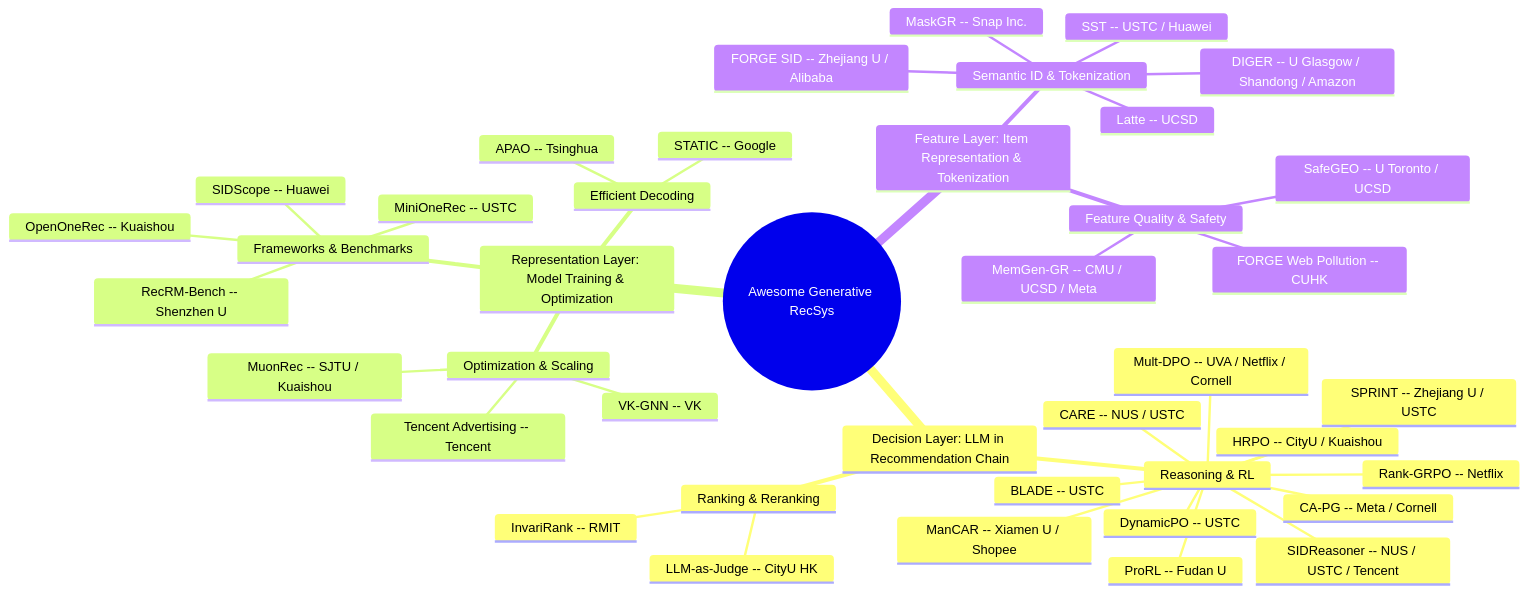
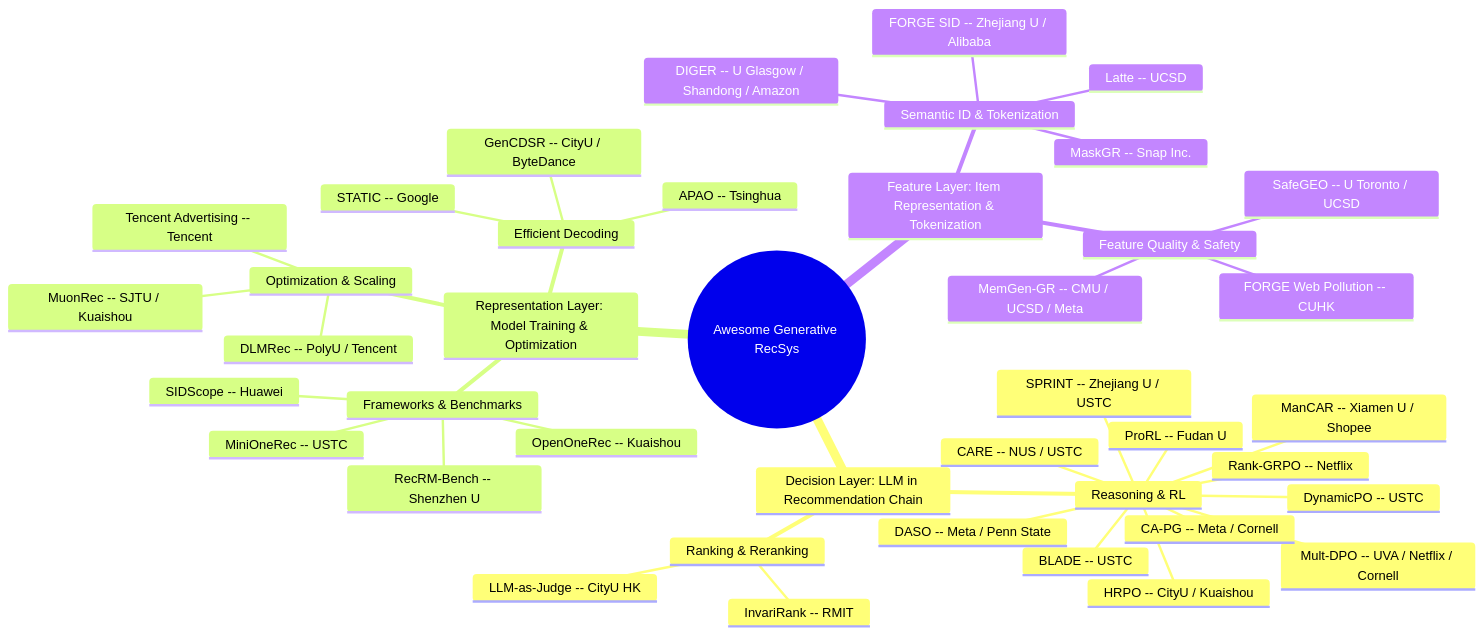
The diagram in README.md (HaFred/awesome-generative-recsys), drawn with Mermaid before and after one commit. The commit also changed other lines of this file and 2 other files, not shown here.

Commit message:
feat: August 30 — 7 papers (3 opensource): DASO (Meta) GRPO rollout-allocation, DLMRec (PolyU) discrete diffusion rec, GenCDSR (CityU, RecSys 2026) serial-parallel CDSR; + ColdSID/BARGE/IBA/FlashTrie full entries

````diff
--- a/README.md
+++ b/README.md
@@ -29,44 +29,44 @@
 ```mermaid
 mindmap
   root((Awesome Generative RecSys))
     Decision Layer: LLM in Recommendation Chain
       Reasoning & RL
         Rank-GRPO -- Netflix
         DynamicPO -- USTC
         BLADE -- USTC
         SPRINT -- Zhejiang U / USTC
         CARE -- NUS / USTC
         HRPO -- CityU / Kuaishou
         Mult-DPO -- UVA / Netflix / Cornell
         CA-PG -- Meta / Cornell
         ProRL -- Fudan U
         ManCAR -- Xiamen U / Shopee
-        SIDReasoner -- NUS / USTC / Tencent
+        DASO -- Meta / Penn State
       Ranking & Reranking
         InvariRank -- RMIT
         LLM-as-Judge -- CityU HK
     Representation Layer: Model Training & Optimization
       Frameworks & Benchmarks
         MiniOneRec -- USTC
         OpenOneRec -- Kuaishou
         RecRM-Bench -- Shenzhen U
         SIDScope -- Huawei
       Efficient Decoding
         STATIC -- Google
         APAO -- Tsinghua
+        GenCDSR -- CityU / ByteDance
       Optimization & Scaling
         MuonRec -- SJTU / Kuaishou
         Tencent Advertising -- Tencent
-        VK-GNN -- VK
+        DLMRec -- PolyU / Tencent
     Feature Layer: Item Representation & Tokenization
       Semantic ID & Tokenization
         Latte -- UCSD
         FORGE SID -- Zhejiang U / Alibaba
         DIGER -- U Glasgow / Shandong / Amazon
         MaskGR -- Snap Inc.
-        SST -- USTC / Huawei
       Feature Quality & Safety
         SafeGEO -- U Toronto / UCSD
         MemGen-GR -- CMU / UCSD / Meta
         FORGE Web Pollution -- CUHK
 ```
````
